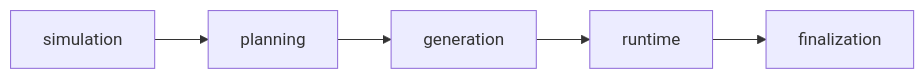
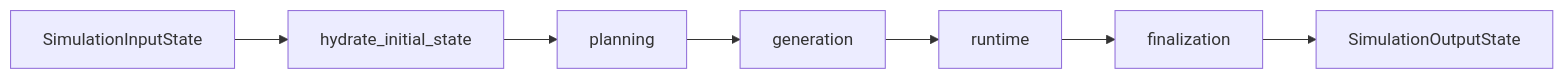
The diagram in docs/workflows/README.md (keonho-kim/simula), drawn with Mermaid before and after one commit. The commit also changed other lines of this file and 98 other files, not shown here.

````diff
--- a/docs/workflows/README.md
+++ b/docs/workflows/README.md
@@ -7,7 +7,9 @@
 ```mermaid
 flowchart LR
-    Simulation["simulation"] --> Planning["planning"]
+    Input["SimulationInputState"] --> Hydrate["hydrate_initial_state"]
+    Hydrate --> Planning["planning"]
     Planning --> Generation["generation"]
     Generation --> Runtime["runtime"]
     Runtime --> Finalization["finalization"]
+    Finalization --> Output["SimulationOutputState"]
 ```
````
